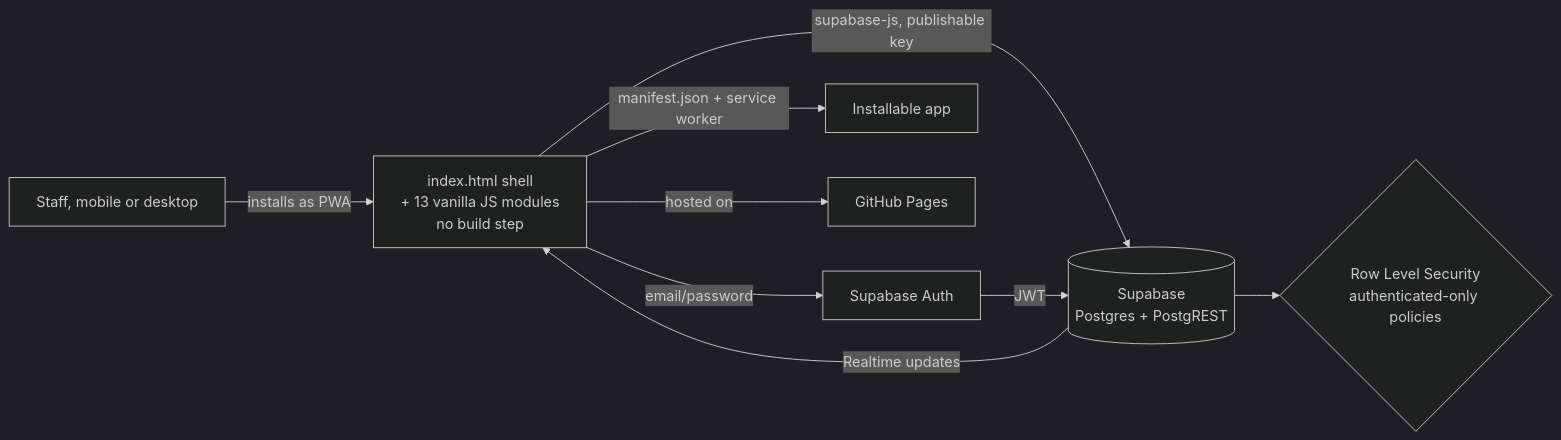
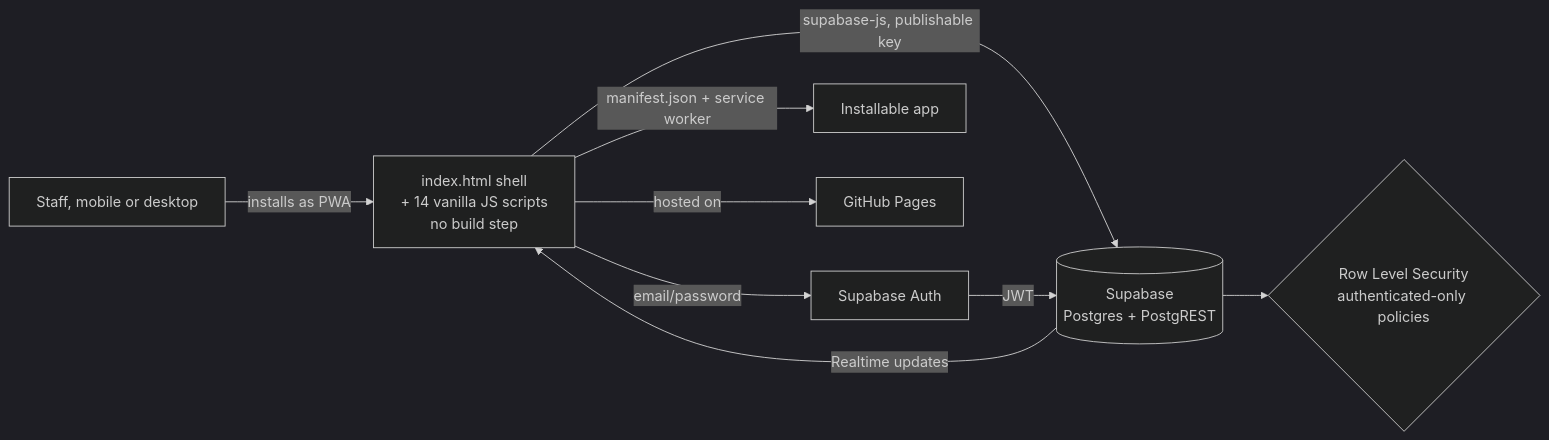
Before and after one commit to diegomarin28/sistema-parents-break: the diagram in README.md, drawn with Mermaid (dark theme). The commit also changed other lines of this file and 17 other files, not shown here.

First line of the commit message:
Tests automáticos, CLAUDE.md, schema real y correcciones de README

````diff
--- a/README.md
+++ b/README.md
@@ -28,11 +28,11 @@
 ```mermaid
 flowchart LR
-U[Staff, mobile or desktop] -->|installs as PWA| A[index.html shell\n+ 13 vanilla JS modules\nno build step]
+U[Staff, mobile or desktop] -->|installs as PWA| A[index.html shell\n+ 14 vanilla JS scripts\nno build step]
 A -->|supabase-js, publishable key| S[(Supabase\nPostgres + PostgREST)]
 A -->|email/password| Auth[Supabase Auth]
 Auth -->|JWT| S
 S --> RLS{Row Level Security\nauthenticated-only policies}
 S -->|Realtime updates| A
 A -->|manifest.json + service worker| PWA[Installable app]
 A -->|hosted on| GH[GitHub Pages]
 ```
````
